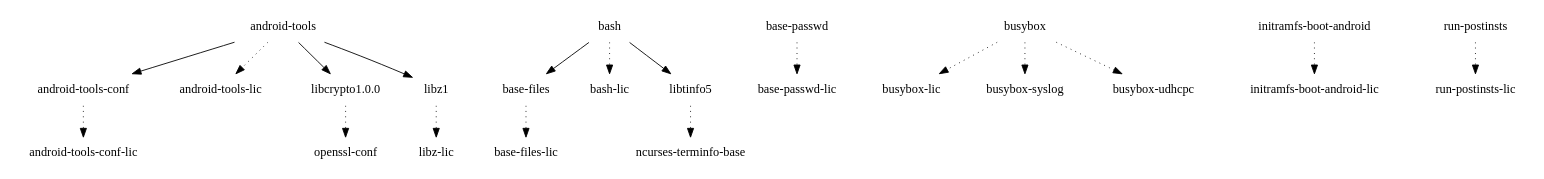
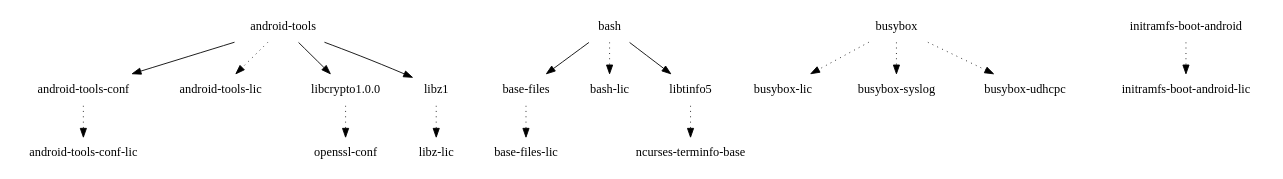
One commit to webOS-ports/buildhistory changed the diagram in images/grouper/glibc/initramfs-android-image/depends-nokernel-nolibc-noupdate-nomodules.dot. Above: the diagram before and after it, drawn with Graphviz. The commit also changed 8 other files, not shown here.

```diff
--- a/images/grouper/glibc/initramfs-android-image/depends-nokernel-nolibc-noupdate-nomodules.dot
+++ b/images/grouper/glibc/initramfs-android-image/depends-nokernel-nolibc-noupdate-nomodules.dot
@@ -1,21 +1,19 @@
 digraph depends {
     node [shape=plaintext]
 "android-tools" -> "android-tools-conf";
 "android-tools" -> "android-tools-lic" [style=dotted];
 "android-tools" -> "libcrypto1.0.0";
 "android-tools" -> "libz1";
 "android-tools-conf" -> "android-tools-conf-lic" [style=dotted];
 "base-files" -> "base-files-lic" [style=dotted];
-"base-passwd" -> "base-passwd-lic" [style=dotted];
 "bash" -> "base-files";
 "bash" -> "bash-lic" [style=dotted];
 "bash" -> "libtinfo5";
 "busybox" -> "busybox-lic" [style=dotted];
 "busybox" -> "busybox-syslog" [style=dotted];
 "busybox" -> "busybox-udhcpc" [style=dotted];
 "initramfs-boot-android" -> "initramfs-boot-android-lic" [style=dotted];
 "libcrypto1.0.0" -> "openssl-conf" [style=dotted];
 "libtinfo5" -> "ncurses-terminfo-base" [style=dotted];
 "libz1" -> "libz-lic" [style=dotted];
-"run-postinsts" -> "run-postinsts-lic" [style=dotted];
 }
```
